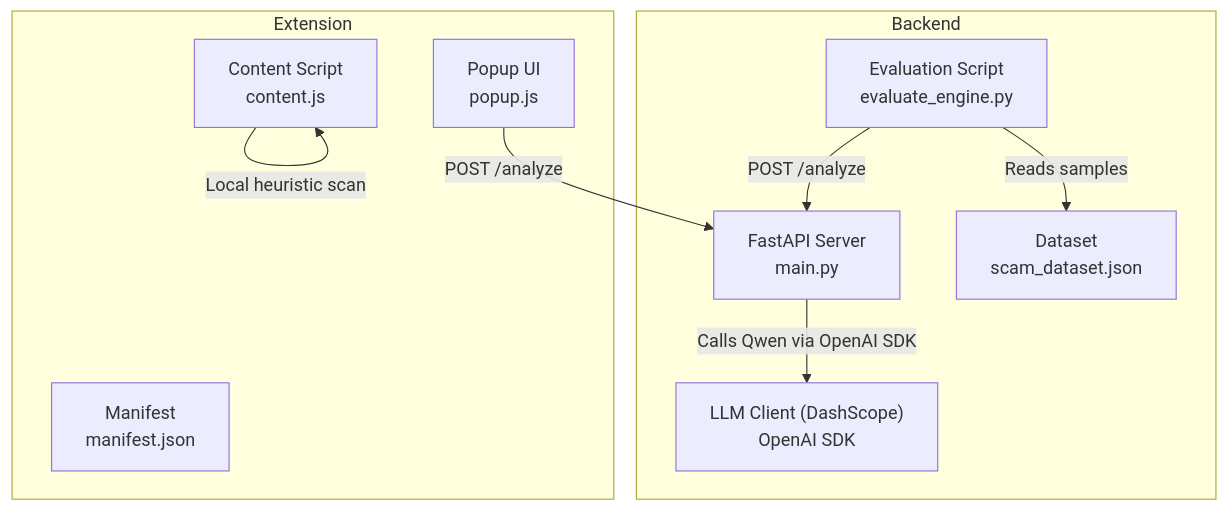
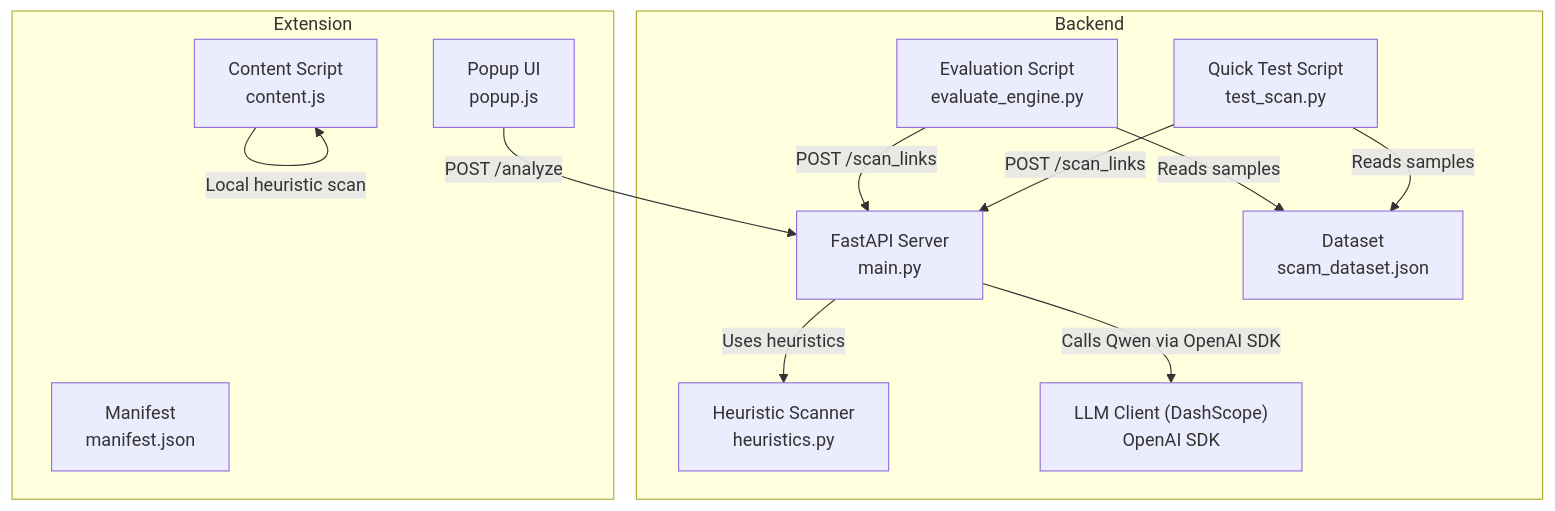
Before and after one commit to Aymanaahh/scrollguard-ai: the first of 6 diagrams in .qoder/repowiki/en/content/Evaluation and Testing Framework.md, drawn with Mermaid. The commit also changed other lines of this file and 36 other files, not shown here.

Commit message:
Major refactor: async backend, improved heuristics, modernized popup UI, and optimized content script with MutationObserver + deduplication

````diff
--- a/.qoder/repowiki/en/content/Evaluation and Testing Framework.md
+++ b/.qoder/repowiki/en/content/Evaluation and Testing Framework.md
@@ -33,19 +42,24 @@
 ```mermaid
 graph TB
 subgraph "Backend"
 A["FastAPI Server<br/>main.py"]
 B["Evaluation Script<br/>evaluate_engine.py"]
-C["Dataset<br/>scam_dataset.json"]
-D["LLM Client (DashScope)<br/>OpenAI SDK"]
+C["Quick Test Script<br/>test_scan.py"]
+D["Dataset<br/>scam_dataset.json"]
+E["Heuristic Scanner<br/>heuristics.py"]
+F["LLM Client (DashScope)<br/>OpenAI SDK"]
 end
 subgraph "Extension"
-E["Content Script<br/>content.js"]
-F["Popup UI<br/>popup.js"]
-G["Manifest<br/>manifest.json"]
+G["Content Script<br/>content.js"]
+H["Popup UI<br/>popup.js"]
+I["Manifest<br/>manifest.json"]
 end
-B --> |"POST /analyze"| A
-A --> |"Calls Qwen via OpenAI SDK"| D
-E --> |"Local heuristic scan"| E
-F --> |"POST /analyze"| A
-B --> |"Reads samples"| C
+B --> |"POST /scan_links"| A
+C --> |"POST /scan_links"| A
+A --> |"Calls Qwen via OpenAI SDK"| F
+A --> |"Uses heuristics"| E
+G --> |"Local heuristic scan"| G
+H --> |"POST /analyze"| A
+B --> |"Reads samples"| D
+C --> |"Reads samples"| D
 ```
````
